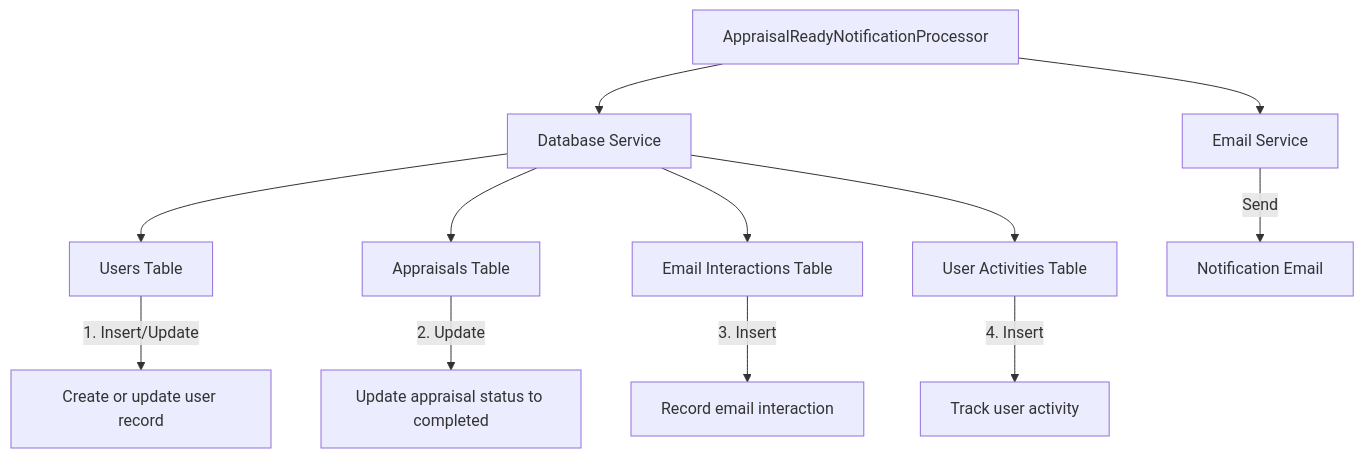
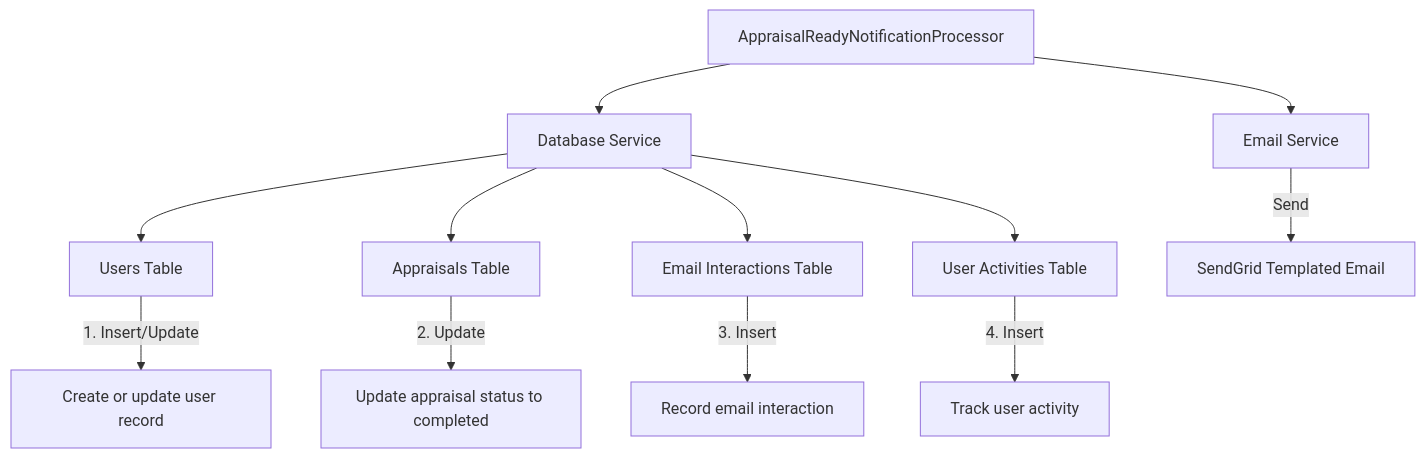
Before and after one commit to Appraisily/CRM: the second of 4 diagrams in src/services/message/processors/AppraisalReadyNotificationMermaidDiagram.md, drawn with Mermaid. The commit also changed other lines of this file and 2 other files, not shown here.

Commit message:
Refactor AppraisalReadyNotificationProcessor and update documentation: Modify the processor to use SendGrid templated emails, streamline data handling, and enhance error handling. Update the Mermaid diagram and data flow descriptions in the documentation to reflect these changes.

````diff
--- a/src/services/message/processors/AppraisalReadyNotificationMermaidDiagram.md
+++ b/src/services/message/processors/AppraisalReadyNotificationMermaidDiagram.md
@@ -30,17 +32,17 @@
 ```mermaid
 graph TD
     A[AppraisalReadyNotificationProcessor] --> B[Database Service]
     A --> C[Email Service]
     
     B --> D[Users Table]
     B --> E[Appraisals Table]
     B --> F[Email Interactions Table]
     B --> G[User Activities Table]
     
     D -->|1. Insert/Update| H[Create or update user record]
     E -->|2. Update| I[Update appraisal status to completed]
     F -->|3. Insert| J[Record email interaction]
     G -->|4. Insert| K[Track user activity]
     
-    C -->|Send| L[Notification Email]
+    C -->|Send| L[SendGrid Templated Email]
 ```
````
